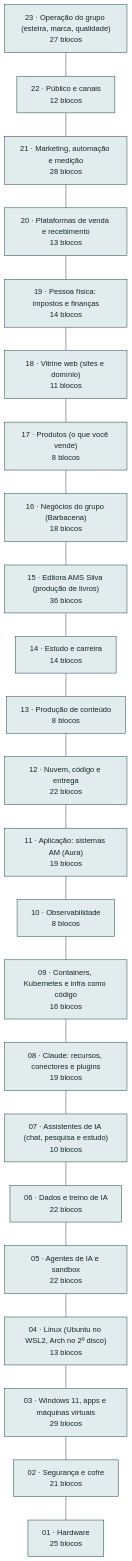
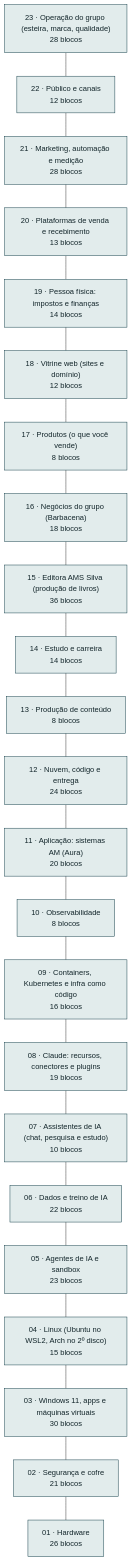
One commit to AlanMateus17/dev-setup changed the diagram in docs/arquitetura.md. Above: the diagram before and after it, drawn with Mermaid. The commit also changed other lines of this file and 53 other files, not shown here.

````diff
--- a/docs/arquitetura.md
+++ b/docs/arquitetura.md
@@ -10,50 +10,50 @@
 ```mermaid
 flowchart TB
-  L_oper["23 · Operação do grupo (esteira, marca, qualidade)<br/>27 blocos"]
+  L_oper["23 · Operação do grupo (esteira, marca, qualidade)<br/>28 blocos"]
   L_pub["22 · Público e canais<br/>12 blocos"]
   L_mkt["21 · Marketing, automação e medição<br/>28 blocos"]
   L_venda["20 · Plataformas de venda e recebimento<br/>13 blocos"]
   L_emp["19 · Pessoa física: impostos e finanças<br/>14 blocos"]
-  L_web["18 · Vitrine web (sites e domínio)<br/>11 blocos"]
+  L_web["18 · Vitrine web (sites e domínio)<br/>12 blocos"]
   L_prod["17 · Produtos (o que você vende)<br/>8 blocos"]
   L_neg["16 · Negócios do grupo (Barbacena)<br/>18 blocos"]
   L_editora["15 · Editora AMS Silva (produção de livros)<br/>36 blocos"]
   L_est["14 · Estudo e carreira<br/>14 blocos"]
   L_cont["13 · Produção de conteúdo<br/>8 blocos"]
-  L_nuvem["12 · Nuvem, código e entrega<br/>22 blocos"]
-  L_app["11 · Aplicação: sistemas AM (Aura)<br/>19 blocos"]
+  L_nuvem["12 · Nuvem, código e entrega<br/>24 blocos"]
+  L_app["11 · Aplicação: sistemas AM (Aura)<br/>20 blocos"]
   L_obs["10 · Observabilidade<br/>8 blocos"]
   L_cnt["09 · Containers, Kubernetes e infra como código<br/>16 blocos"]
   L_clc["08 · Claude: recursos, conectores e plugins<br/>19 blocos"]
   L_chat["07 · Assistentes de IA (chat, pesquisa e estudo)<br/>10 blocos"]
   L_dados["06 · Dados e treino de IA<br/>22 blocos"]
-  L_ia["05 · Agentes de IA e sandbox<br/>22 blocos"]
-  L_lin["04 · Linux (Ubuntu no WSL2, Arch no 2º disco)<br/>13 blocos"]
-  L_win["03 · Windows 11, apps e máquinas virtuais<br/>29 blocos"]
+  L_ia["05 · Agentes de IA e sandbox<br/>23 blocos"]
+  L_lin["04 · Linux (Ubuntu no WSL2, Arch no 2º disco)<br/>15 blocos"]
+  L_win["03 · Windows 11, apps e máquinas virtuais<br/>30 blocos"]
   L_seg["02 · Segurança e cofre<br/>21 blocos"]
-  L_hw["01 · Hardware<br/>25 blocos"]
+  L_hw["01 · Hardware<br/>26 blocos"]
   L_oper --- L_pub
   L_pub --- L_mkt
   L_mkt --- L_venda
   L_venda --- L_emp
   L_emp --- L_web
   L_web --- L_prod
   L_prod --- L_neg
   L_neg --- L_editora
   L_editora --- L_est
   L_est --- L_cont
   L_cont --- L_nuvem
   L_nuvem --- L_app
   L_app --- L_obs
   L_obs --- L_cnt
   L_cnt --- L_clc
   L_clc --- L_chat
   L_chat --- L_dados
   L_dados --- L_ia
   L_ia --- L_lin
   L_lin --- L_win
   L_win --- L_seg
   L_seg --- L_hw
   classDef cam fill:#e2ecec,stroke:#0e3a45,color:#13262b
   class L_oper,L_pub,L_mkt,L_venda,L_emp,L_web,L_prod,L_neg,L_editora,L_est,L_cont,L_nuvem,L_app,L_obs,L_cnt,L_clc,L_chat,L_dados,L_ia,L_lin,L_win,L_seg,L_hw cam
 ```
````
